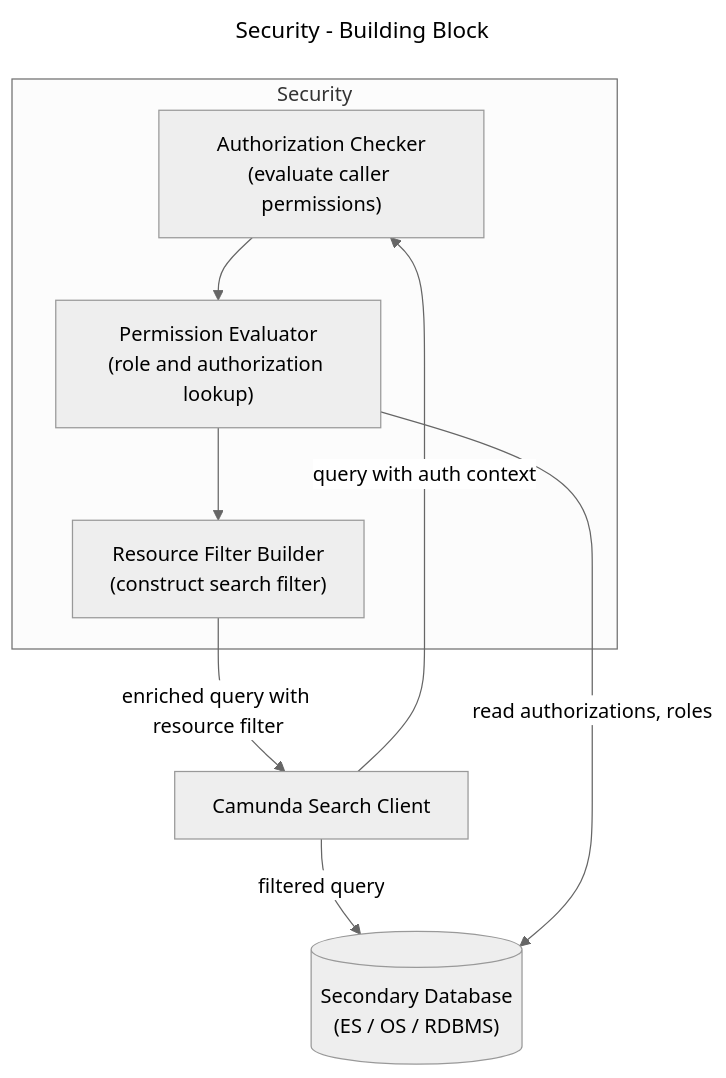
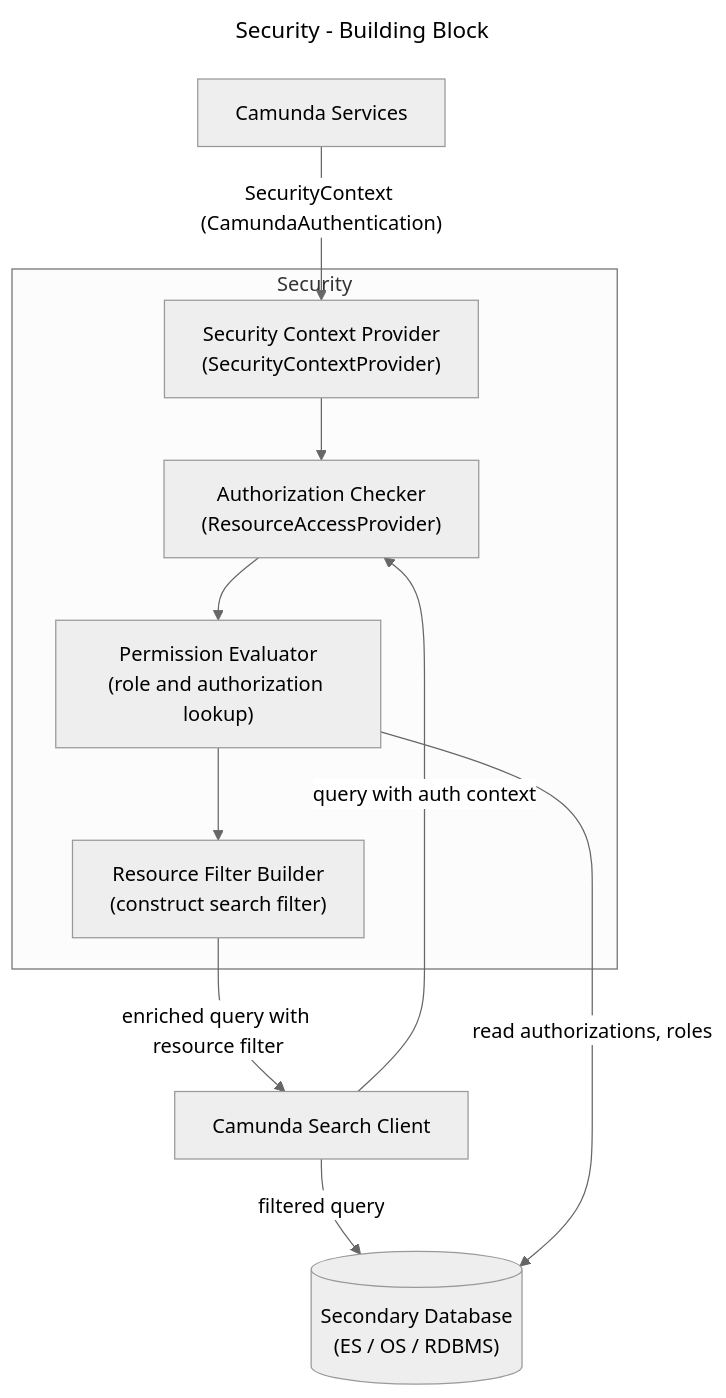
One commit to camunda/camunda changed the sixth of 13 diagrams in docs/identity/architecture-documentation.md. Above: the diagram before and after it, drawn with Mermaid (neutral theme). The commit also changed other lines of this file, not shown here.

Commit message:
docs: fix login/logout sequence diagrams and add class references to architecture diagrams

````diff
--- a/docs/identity/architecture-documentation.md
+++ b/docs/identity/architecture-documentation.md
@@ -352,22 +372,26 @@
 ```mermaid
 ---
 title: Security - Building Block
 ---
 flowchart TB
   subgraph SECURITY["Security"]
-    AUTHZ_CHECKER["Authorization Checker\n(evaluate caller permissions)"]
+    SC_PROVIDER["Security Context Provider\n(SecurityContextProvider)"]
+    AUTHZ_CHECKER["Authorization Checker\n(ResourceAccessProvider)"]
     RESOURCE_FILTER["Resource Filter Builder\n(construct search filter)"]
     PERMISSION_EVALUATOR["Permission Evaluator\n(role and authorization lookup)"]
 
+    SC_PROVIDER --> AUTHZ_CHECKER
     AUTHZ_CHECKER --> PERMISSION_EVALUATOR
     PERMISSION_EVALUATOR --> RESOURCE_FILTER
   end
 
+  CAMUNDA_SERVICES["Camunda Services"]
   CAMUNDA_SEARCH_CLIENT["Camunda Search Client"]
   SECONDARY_DB[("Secondary Database\n(ES / OS / RDBMS)")]
 
+  CAMUNDA_SERVICES -->|"SecurityContext (CamundaAuthentication)"| SC_PROVIDER
   CAMUNDA_SEARCH_CLIENT -->|"query with auth context"| AUTHZ_CHECKER
   RESOURCE_FILTER -->|"enriched query with resource filter"| CAMUNDA_SEARCH_CLIENT
   CAMUNDA_SEARCH_CLIENT -->|"filtered query"| SECONDARY_DB
   PERMISSION_EVALUATOR -->|"read authorizations, roles"| SECONDARY_DB
 ```
````
